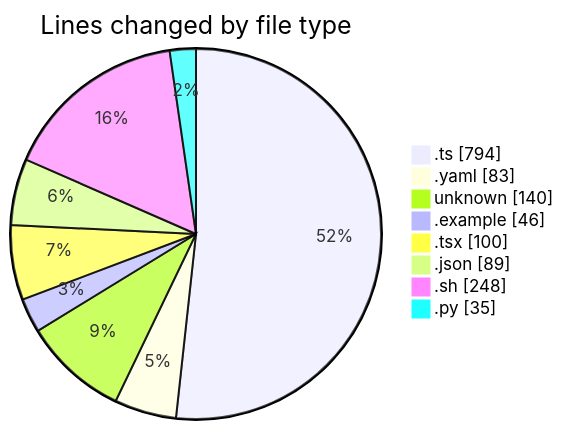
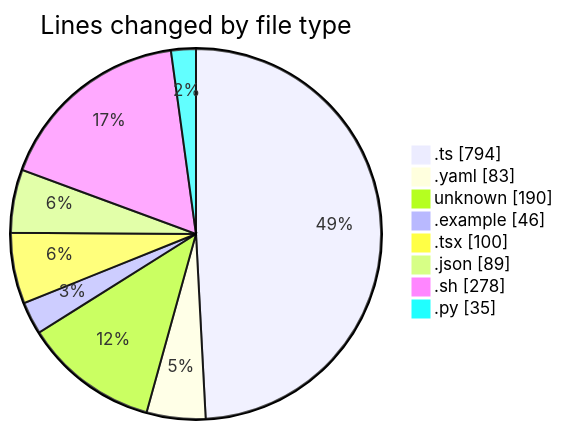
Before and after one commit to mevix1/code-tracking: the first of 2 diagrams in 2025-10-01/open-health/README.md, drawn with Mermaid. The commit also changed other lines of this file and 1 other file, not shown here.

````diff
--- a/2025-10-01/open-health/README.md
+++ b/2025-10-01/open-health/README.md
@@ -41,12 +43,12 @@
 ```mermaid
 pie showData
 title Lines changed by file type
 ".ts" : 794
 ".yaml" : 83
-"unknown" : 140
+"unknown" : 190
 ".example" : 46
 ".tsx" : 100
 ".json" : 89
-".sh" : 248
+".sh" : 278
 ".py" : 35
 ```
````
